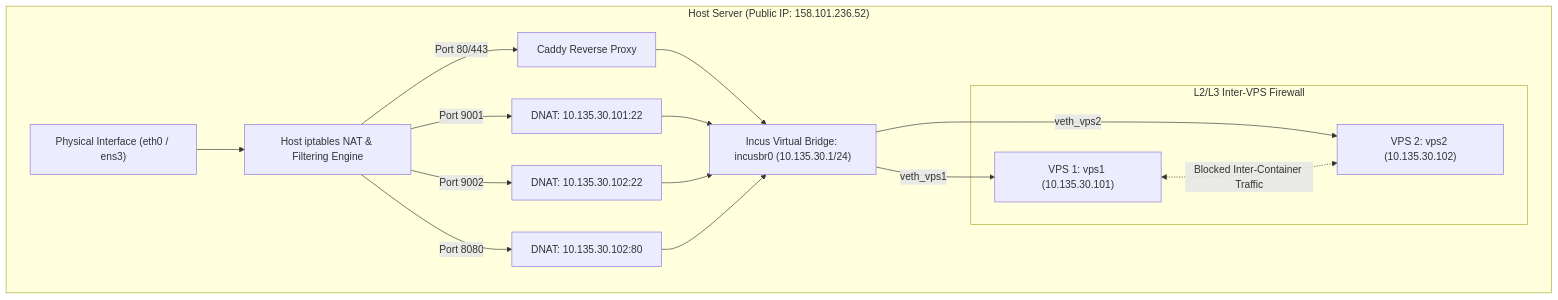
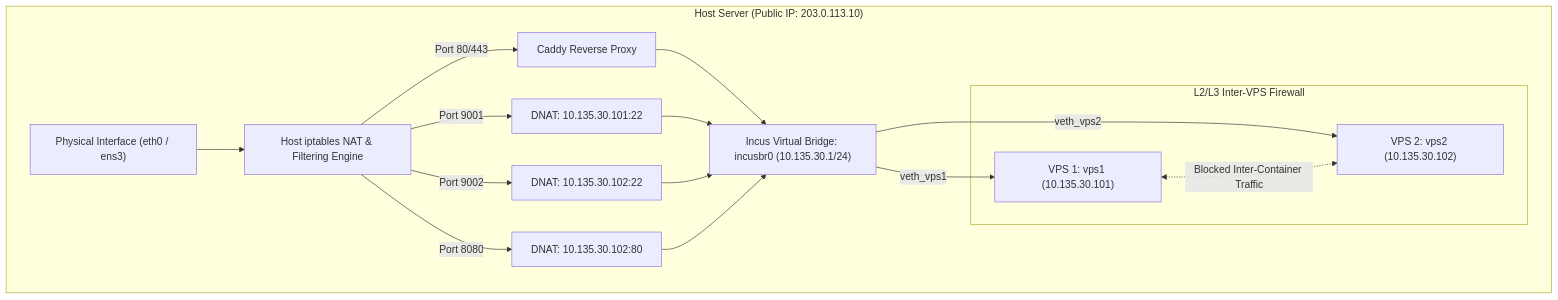
One commit to ahmadElsharawy/VPSForge changed the third of 19 diagrams in README.md. Above: the diagram before and after it, drawn with Mermaid. The commit also changed other lines of this file and 20 other files, not shown here.

````diff
--- a/README.md
+++ b/README.md
@@ -156,23 +157,23 @@
 ```mermaid
 graph TD
-    subgraph Host_Node["Host Server (Public IP: 158.101.236.52)"]
+    subgraph Host_Node["Host Server (Public IP: 203.0.113.10)"]
         HostNIC["Physical Interface (eth0 / ens3)"] --> IPTables["Host iptables NAT & Filtering Engine"]
         
         IPTables -->|Port 9001| DNAT_SSH1["DNAT: 10.135.30.101:22"]
         IPTables -->|Port 9002| DNAT_SSH2["DNAT: 10.135.30.102:22"]
         IPTables -->|Port 80/443| CaddyEngine["Caddy Reverse Proxy"]
         IPTables -->|Port 8080| DNAT_CUSTOM["DNAT: 10.135.30.102:80"]
 
         CaddyEngine --> Bridge["Incus Virtual Bridge: incusbr0 (10.135.30.1/24)"]
         DNAT_SSH1 --> Bridge
         DNAT_SSH2 --> Bridge
         DNAT_CUSTOM --> Bridge
 
         Bridge -->|veth_vps1| GUEST1["VPS 1: vps1 (10.135.30.101)"]
         Bridge -->|veth_vps2| GUEST2["VPS 2: vps2 (10.135.30.102)"]
 
         subgraph Firewall_Isolation["L2/L3 Inter-VPS Firewall"]
             GUEST1 <-.->|Blocked Inter-Container Traffic| GUEST2
         end
     end
 ```
````
